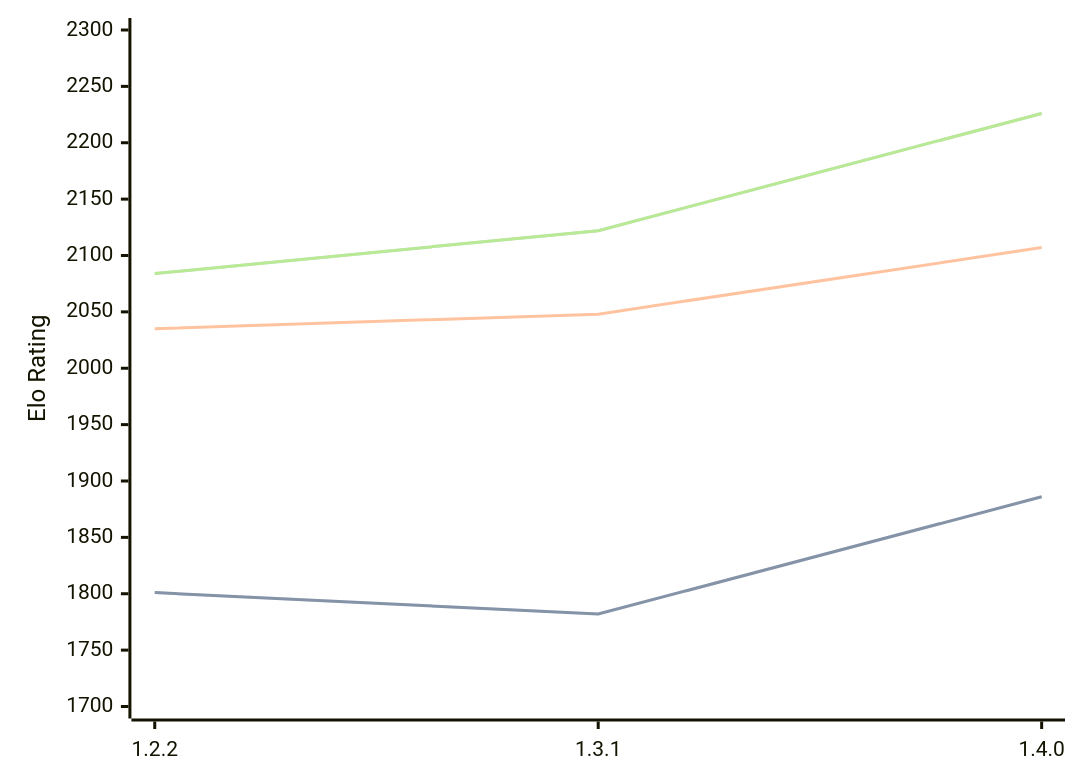
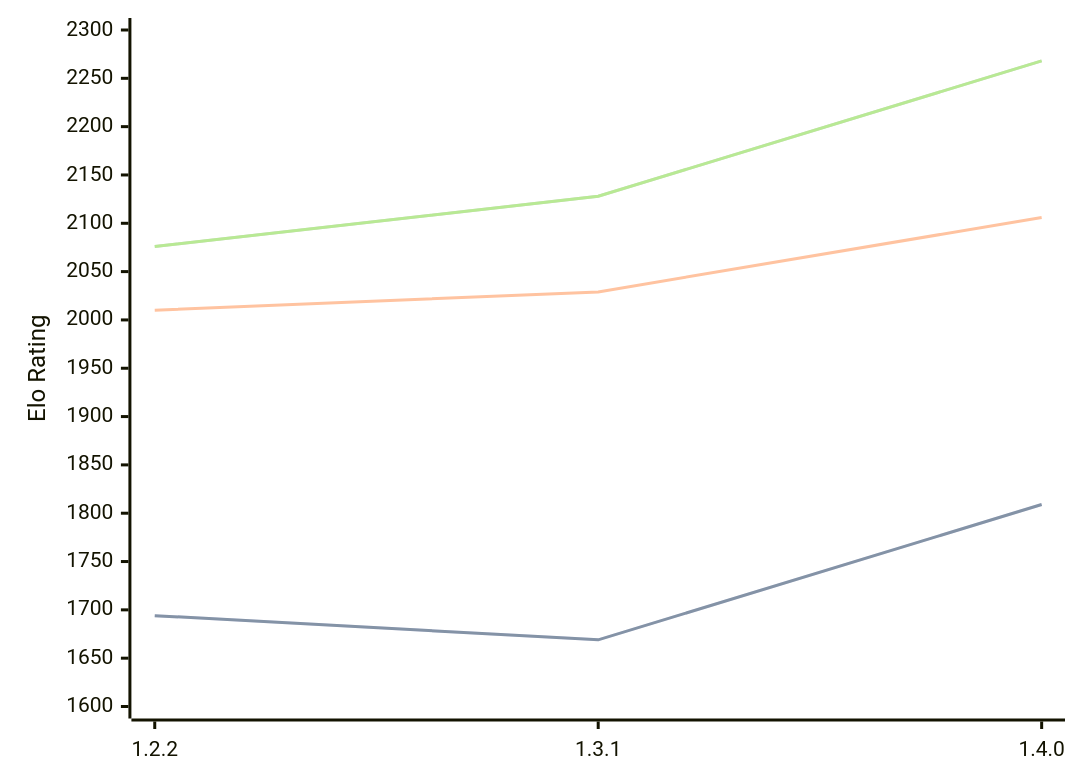
One commit to computer-chess-index/cci changed the diagram in engines/SoloEngine.md. Above: the diagram before and after it, drawn with Mermaid. The commit also changed other lines of this file, not shown here.

Commit message:
Update CCI Ratings (ELO VLTC) - 2026-02-24

````diff
--- a/engines/SoloEngine.md
+++ b/engines/SoloEngine.md
@@ -31,11 +31,11 @@
 ```mermaid
 %%{init: {"theme":"base","themeVariables":{"seriesColors:['#a3a3a3','#222221','#faa371']}}}%%
 xychart-beta
   x-axis ["1.2.2", "1.3.1", "1.4.0"]
-  y-axis "Elo Rating" 1700 --> 2300
-  line "STC (8.0+0.08s)" [1801, 1782, 1886]
-  line "STC (8.0+0.08s)" [1801, 1782, 1886]
-  line "LTC (60.0+0.60s)" [2035, 2048, 2107]
-  line "VLTC (2m24s+1.12s)" [2084, 2122, 2226]
-  line "VLTC (2m24s+1.12s)" [2084, 2122, 2226]
+  y-axis "Elo Rating" 1600 --> 2300
+  line "STC (8.0+0.08s)" [1694, 1669, 1809]
+  line "STC (8.0+0.08s)" [1694, 1669, 1809]
+  line "LTC (60.0+0.60s)" [2010, 2029, 2106]
+  line "VLTC (2m24s+1.12s)" [2076, 2128, 2268]
+  line "VLTC (2m24s+1.12s)" [2076, 2128, 2268]
 ```
````
